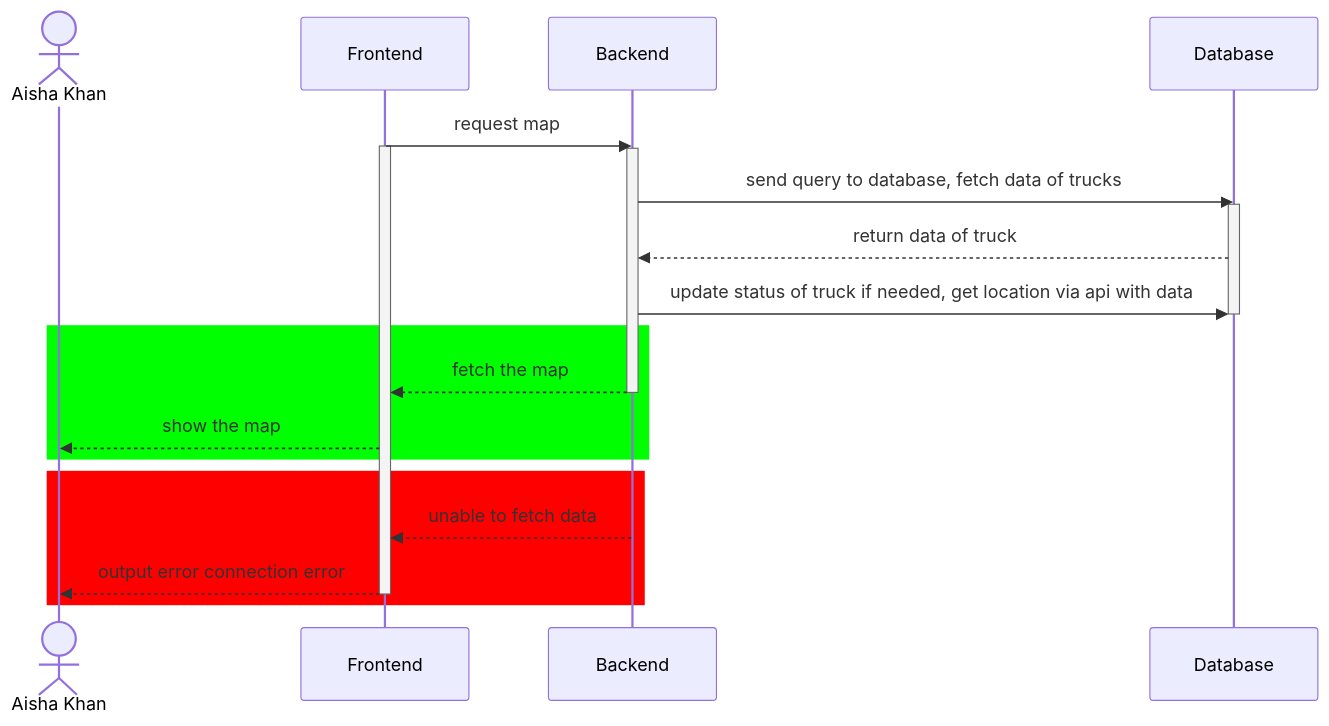
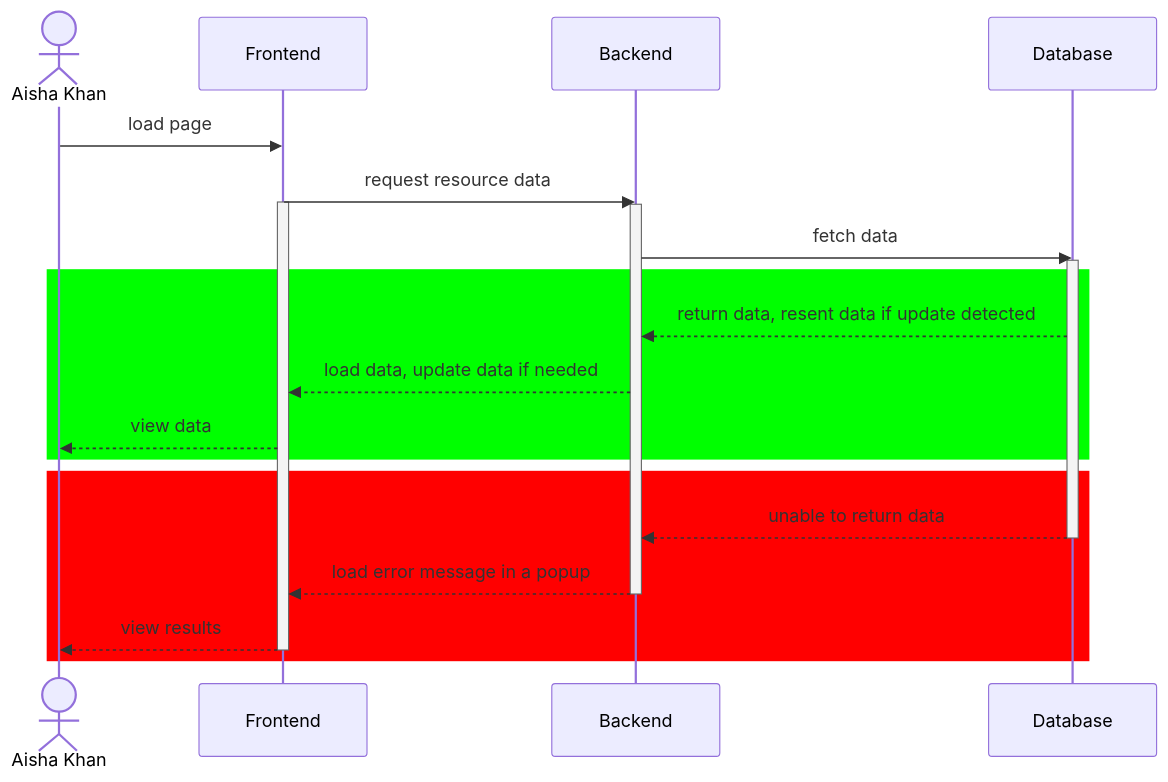
Before and after one commit to AyrtonHCook/LaunchPadProject2026Group42: the second of 2 diagrams in ProjectPlanning/sequence_diagram.md, drawn with Mermaid. The commit also changed other lines of this file, not shown here.

````diff
--- a/ProjectPlanning/sequence_diagram.md
+++ b/ProjectPlanning/sequence_diagram.md
@@ -2,29 +34,29 @@
 ``` mermaid
 sequenceDiagram
-  actor Aisha Khan
-  Participant Frontend
-  Participant Backend
-  Participant Database
+actor Aisha Khan
+participant Frontend
+participant Backend
+participant Database
 
-  
-  Frontend ->> Backend: request map
-  activate Frontend
-  activate Backend
-  Backend ->> Database: send query to database, fetch data of trucks
-  activate Database
-  Database -->> Backend: return data of truck
-  Backend ->> Database: update status of truck if needed, get location via api with data
-  deactivate Database
+Aisha Khan ->> Frontend: load page
+Frontend ->> Backend: request resource data
+activate Frontend
+activate Backend
+Backend ->> Database: fetch data
+activate Database
 
-  rect rgb(0,255,0)
-  Backend -->> Frontend: fetch the map
-  deactivate Backend
-  Frontend -->> Aisha Khan: show the map
-  end
+rect rgb(0,255,0)
+Database -->> Backend: return data, resent data if update detected
+Backend -->> Frontend: load data, update data if needed
+Frontend -->> Aisha Khan: view data
+end
 
-  rect rgb(255,0,0)
-  Backend -->> Frontend: unable to fetch data
-  Frontend -->> Aisha Khan: output error connection error
-  deactivate Frontend
-  end
+rect rgb(255,0,0)
+Database -->> Backend: unable to return data
+deactivate Database
+Backend -->> Frontend: load error message in a popup
+deactivate Backend
+Frontend -->> Aisha Khan: view results
+deactivate Frontend
+end
 ```
````
